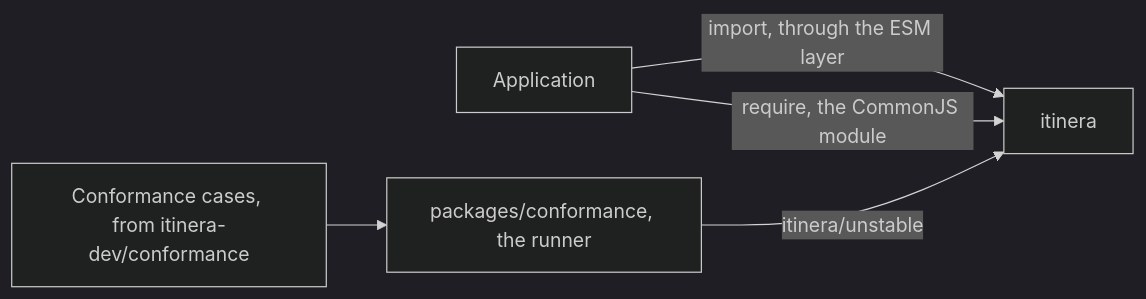
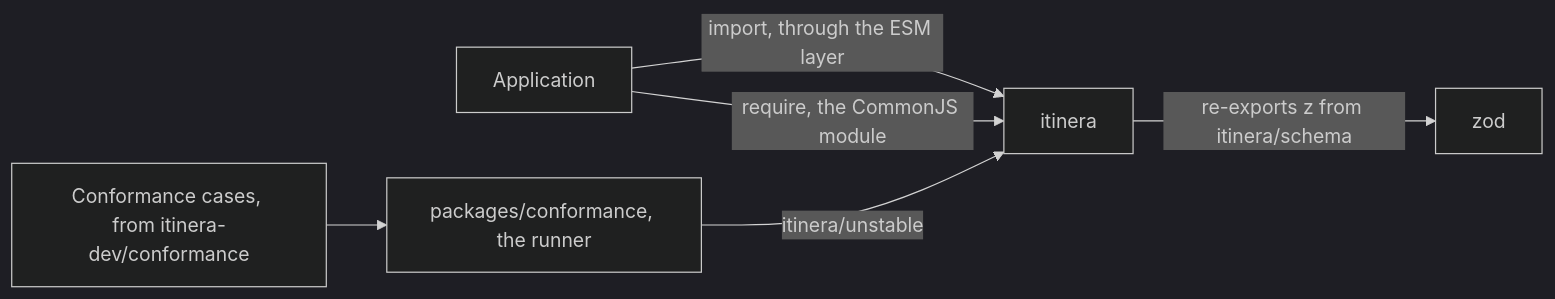
The first of 6 diagrams in docs/architecture.md (itinera-dev/itinera-ts), drawn with Mermaid (dark theme) before and after one commit. The commit also changed other lines of this file and 49 other files, not shown here.

````diff
--- a/docs/architecture.md
+++ b/docs/architecture.md
@@ -13,9 +13,10 @@
 ```mermaid
 flowchart LR
     accTitle: The packages of itinera-ts
-    accDescr: Applications depend on the package itinera and import each concept from a subpath, through an ESM layer or the CommonJS module behind it. The conformance runner, a package of the workspace that is never published, depends on itinera through itinera/unstable and reads the conformance cases.
+    accDescr: Applications depend on the package itinera and import each concept from a subpath, through an ESM layer or the CommonJS module behind it. The conformance runner, a package of the workspace that is never published, depends on itinera through itinera/unstable and reads the conformance cases. itinera depends on Zod, which it re-exports from itinera/schema.
     app["Application"] -->|"import, through the ESM layer"| itinera["itinera"]
     app -->|"require, the CommonJS module"| itinera
     runner["packages/conformance, the runner"] -->|"itinera/unstable"| itinera
     cases["Conformance cases, from itinera-dev/conformance"] --> runner
+    itinera -->|"re-exports z from itinera/schema"| zod["zod"]
 ```
````
